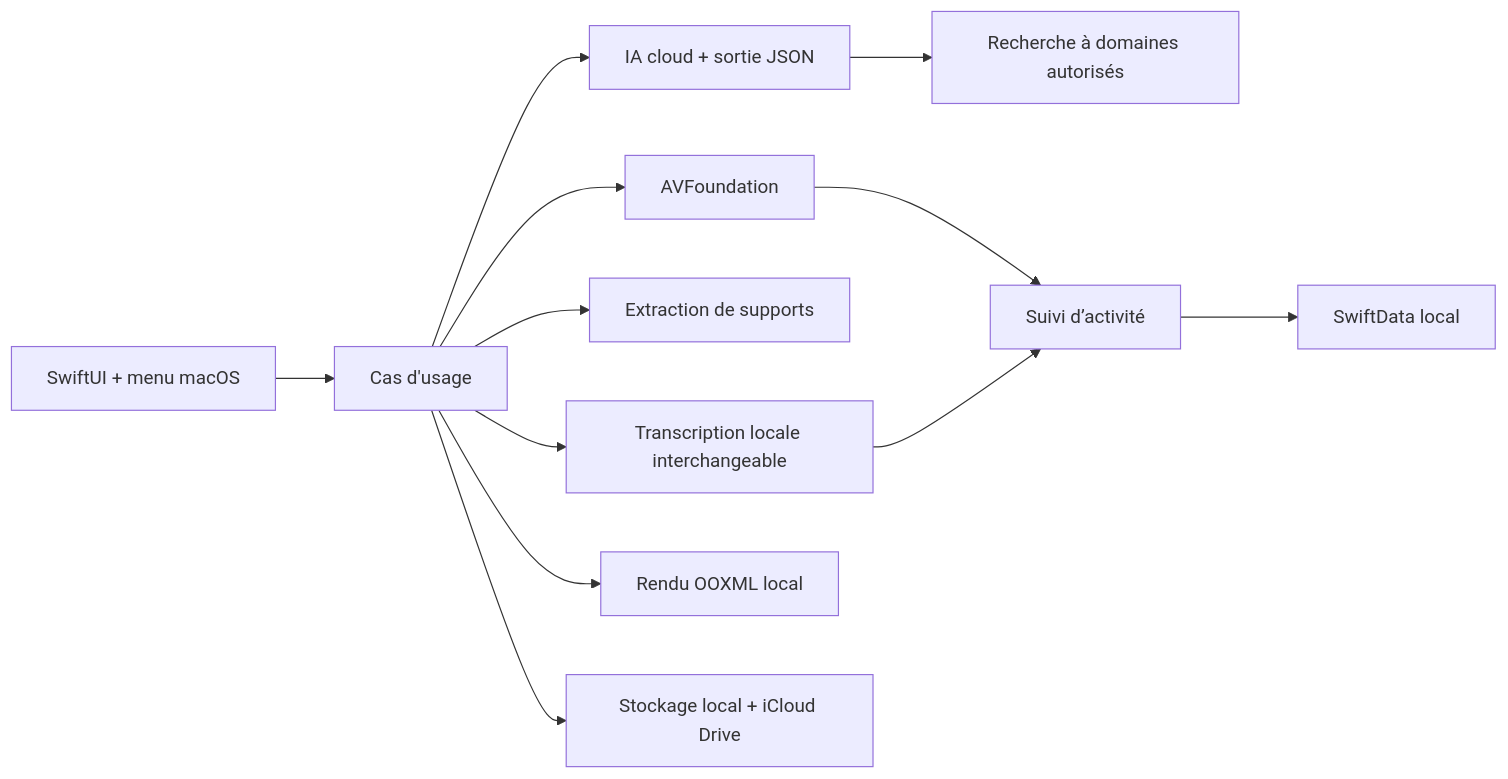
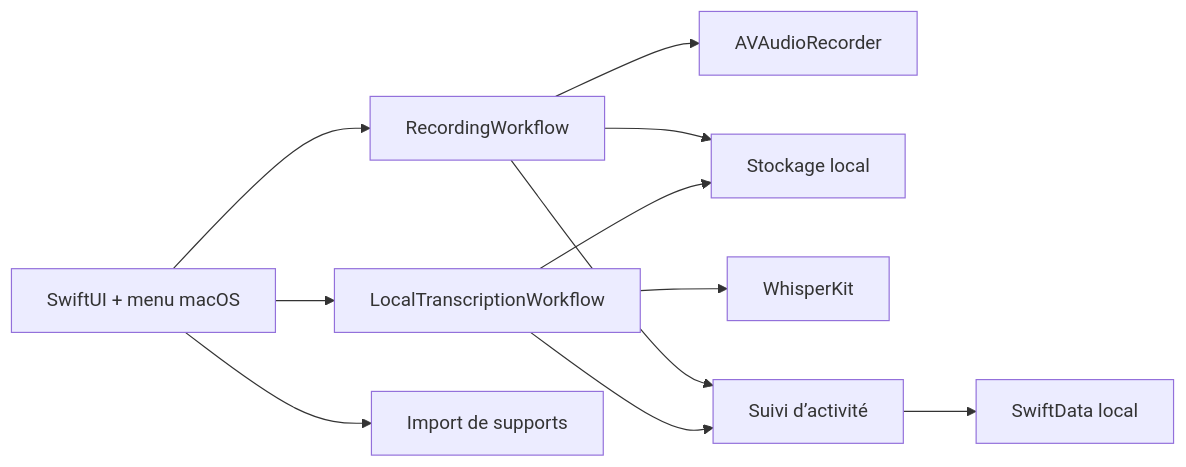
The first of 2 diagrams in docs/ARCHITECTURE.md (vin25cent/Scrib), drawn with Mermaid before and after one commit. The commit also changed other lines of this file and 37 other files, not shown here.

````diff
--- a/docs/ARCHITECTURE.md
+++ b/docs/ARCHITECTURE.md
@@ -20,14 +22,13 @@
 ```mermaid
 flowchart LR
-    UI["SwiftUI + menu macOS"] --> APP["Cas d'usage"]
-    APP --> AUDIO["AVFoundation"]
-    APP --> ASR["Transcription locale interchangeable"]
-    APP --> SUPPORTS["Extraction de supports"]
-    APP --> CLOUD["IA cloud + sortie JSON"]
-    CLOUD --> SOURCES["Recherche à domaines autorisés"]
-    APP --> DOCX["Rendu OOXML local"]
-    APP --> FILES["Stockage local + iCloud Drive"]
-    AUDIO --> TRACKER["Suivi d’activité"]
-    ASR --> TRACKER
+    UI["SwiftUI + menu macOS"] --> RECORDING["RecordingWorkflow"]
+    UI --> TRANSCRIPTION["LocalTranscriptionWorkflow"]
+    UI --> SUPPORTS["Import de supports"]
+    RECORDING --> AUDIO["AVAudioRecorder"]
+    RECORDING --> FILES["Stockage local"]
+    TRANSCRIPTION --> ASR["WhisperKit"]
+    TRANSCRIPTION --> FILES
+    RECORDING --> TRACKER["Suivi d’activité"]
+    TRANSCRIPTION --> TRACKER
     TRACKER --> STORE["SwiftData local"]
 ```
````
